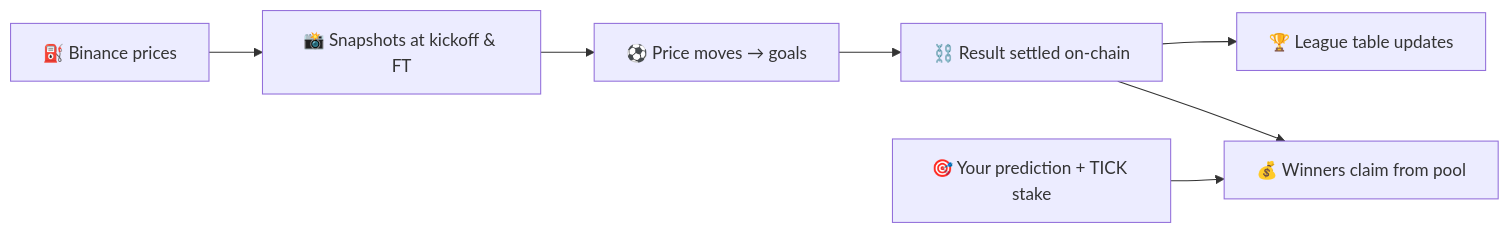
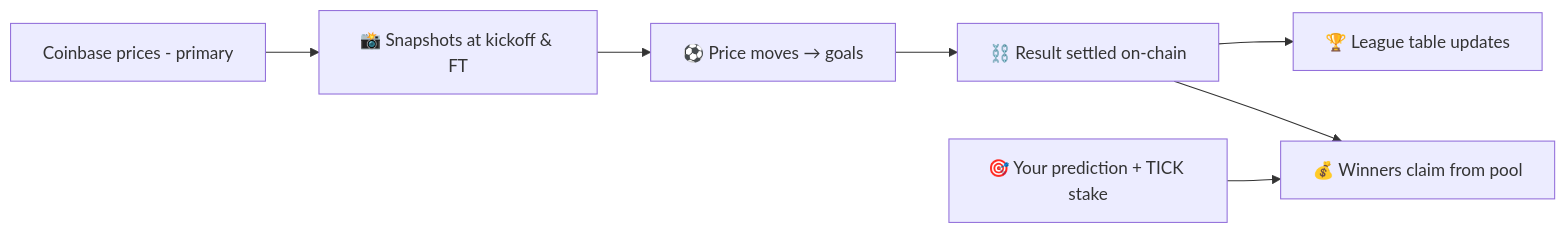
The first of 2 diagrams in README.md (Hiesdiego/pompey), drawn with Mermaid before and after one commit. The commit also changed other lines of this file and 2 other files, not shown here.

````diff
--- a/README.md
+++ b/README.md
@@ -59,9 +59,9 @@
 ```mermaid
 flowchart LR
-    A[⛽ Binance prices] --> B[📸 Snapshots at kickoff & FT]
+    A[Coinbase prices - primary] --> B[📸 Snapshots at kickoff & FT]
     B --> C[⚽ Price moves → goals]
     C --> D[⛓️ Result settled on-chain]
     D --> E[🏆 League table updates]
     D --> F[💰 Winners claim from pool]
     G[🎯 Your prediction + TICK stake] --> F
 ```
````
